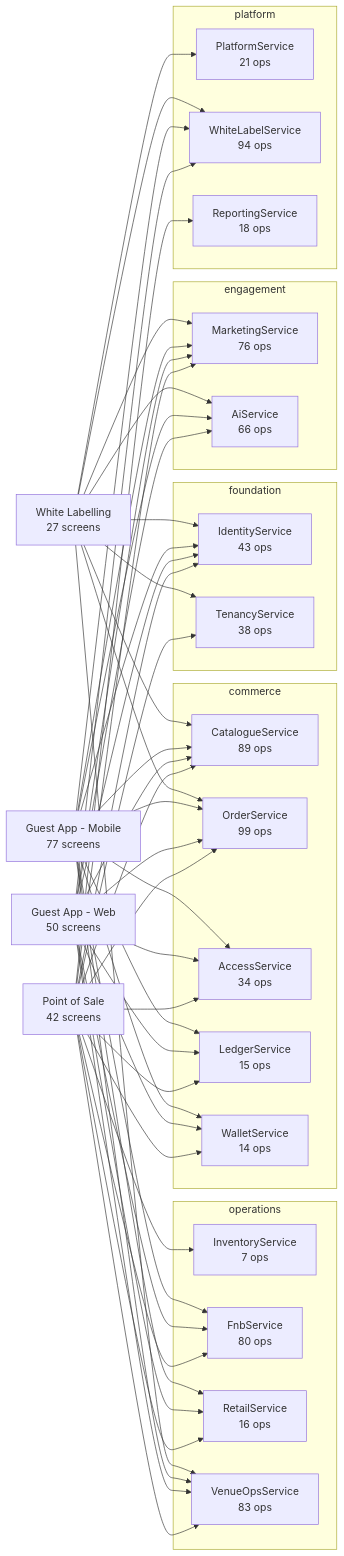
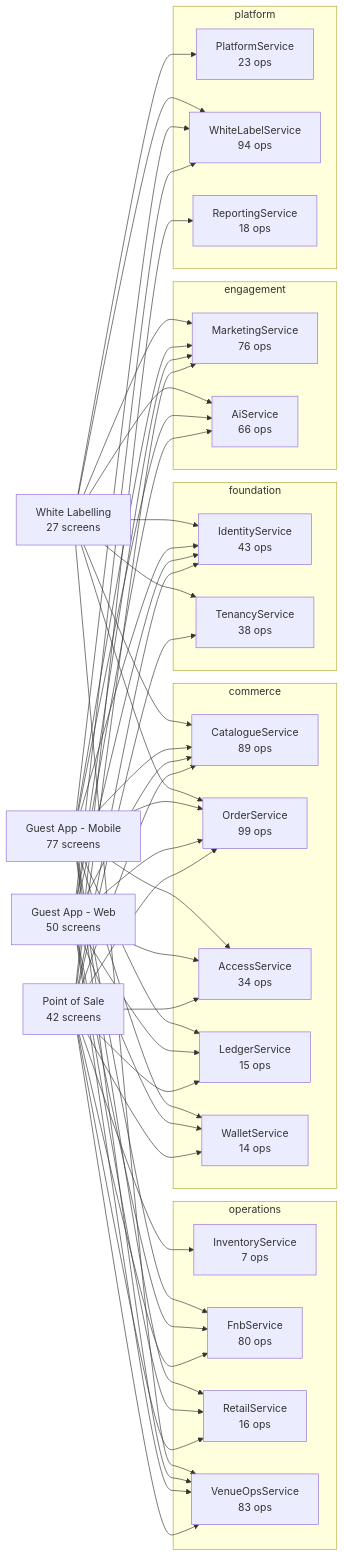
Before and after one commit to Diretide298/Solution_Architecture: the diagram in ticvai/repos/ticvai-frontend/project-bible/handoff/service-docs/README.md, drawn with Mermaid. The commit also changed other lines of this file and 6474 other files, not shown here.

````diff
--- a/ticvai/repos/ticvai-frontend/project-bible/handoff/service-docs/README.md
+++ b/ticvai/repos/ticvai-frontend/project-bible/handoff/service-docs/README.md
@@ -9,79 +9,79 @@
 ```mermaid
 flowchart LR
   POS["Point of Sale<br/>42 screens"]
   WEB["Guest App - Web<br/>50 screens"]
   MOB["Guest App - Mobile<br/>77 screens"]
   WL["White Labelling<br/>27 screens"]
   subgraph foundation
     IdentityService["IdentityService<br/>43 ops"]
     TenancyService["TenancyService<br/>38 ops"]
   end
   subgraph commerce
     CatalogueService["CatalogueService<br/>89 ops"]
     OrderService["OrderService<br/>99 ops"]
     AccessService["AccessService<br/>34 ops"]
     LedgerService["LedgerService<br/>15 ops"]
     WalletService["WalletService<br/>14 ops"]
   end
   subgraph operations
     InventoryService["InventoryService<br/>7 ops"]
     FnbService["FnbService<br/>80 ops"]
     RetailService["RetailService<br/>16 ops"]
     VenueOpsService["VenueOpsService<br/>83 ops"]
   end
   subgraph engagement
     MarketingService["MarketingService<br/>76 ops"]
     AiService["AiService<br/>66 ops"]
   end
   subgraph platform
-    PlatformService["PlatformService<br/>21 ops"]
+    PlatformService["PlatformService<br/>23 ops"]
     WhiteLabelService["WhiteLabelService<br/>94 ops"]
     ReportingService["ReportingService<br/>18 ops"]
   end
   POS --> OrderService
   WEB --> OrderService
   MOB --> OrderService
   WL --> OrderService
   POS --> FnbService
   WEB --> FnbService
   MOB --> FnbService
   POS --> AccessService
   WEB --> AccessService
   MOB --> AccessService
   WL --> PlatformService
   POS --> MarketingService
   WEB --> MarketingService
   MOB --> MarketingService
   WL --> MarketingService
   POS --> CatalogueService
   WEB --> CatalogueService
   MOB --> CatalogueService
   WL --> CatalogueService
   POS --> VenueOpsService
   WEB --> VenueOpsService
   MOB --> VenueOpsService
   WL --> VenueOpsService
   POS --> TenancyService
   WL --> TenancyService
   POS --> ReportingService
   WEB --> WhiteLabelService
   MOB --> WhiteLabelService
   WL --> WhiteLabelService
   POS --> InventoryService
   POS --> IdentityService
   WEB --> IdentityService
   MOB --> IdentityService
   WL --> IdentityService
   POS --> RetailService
   WEB --> RetailService
   MOB --> RetailService
   WEB --> AiService
   MOB --> AiService
   WL --> AiService
   POS --> WalletService
   WEB --> WalletService
   MOB --> WalletService
   POS --> LedgerService
   WEB --> LedgerService
   MOB --> LedgerService
 ```
````
